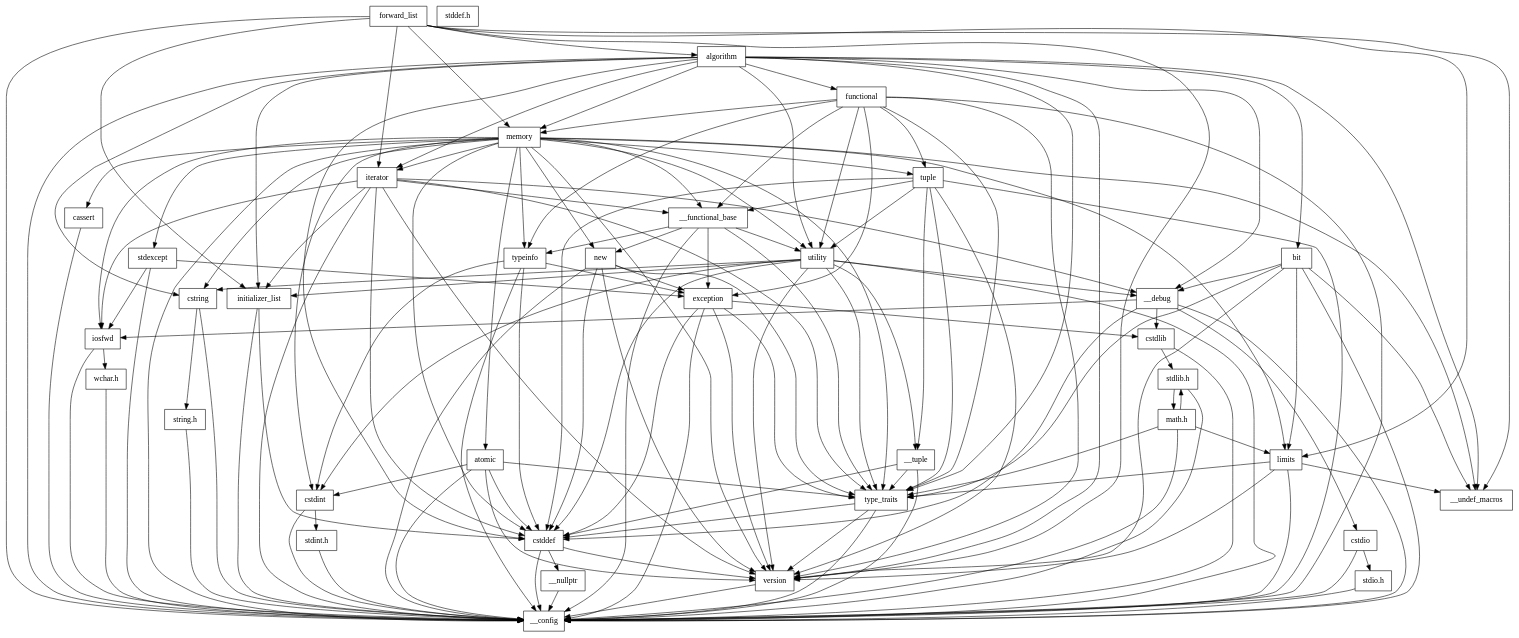
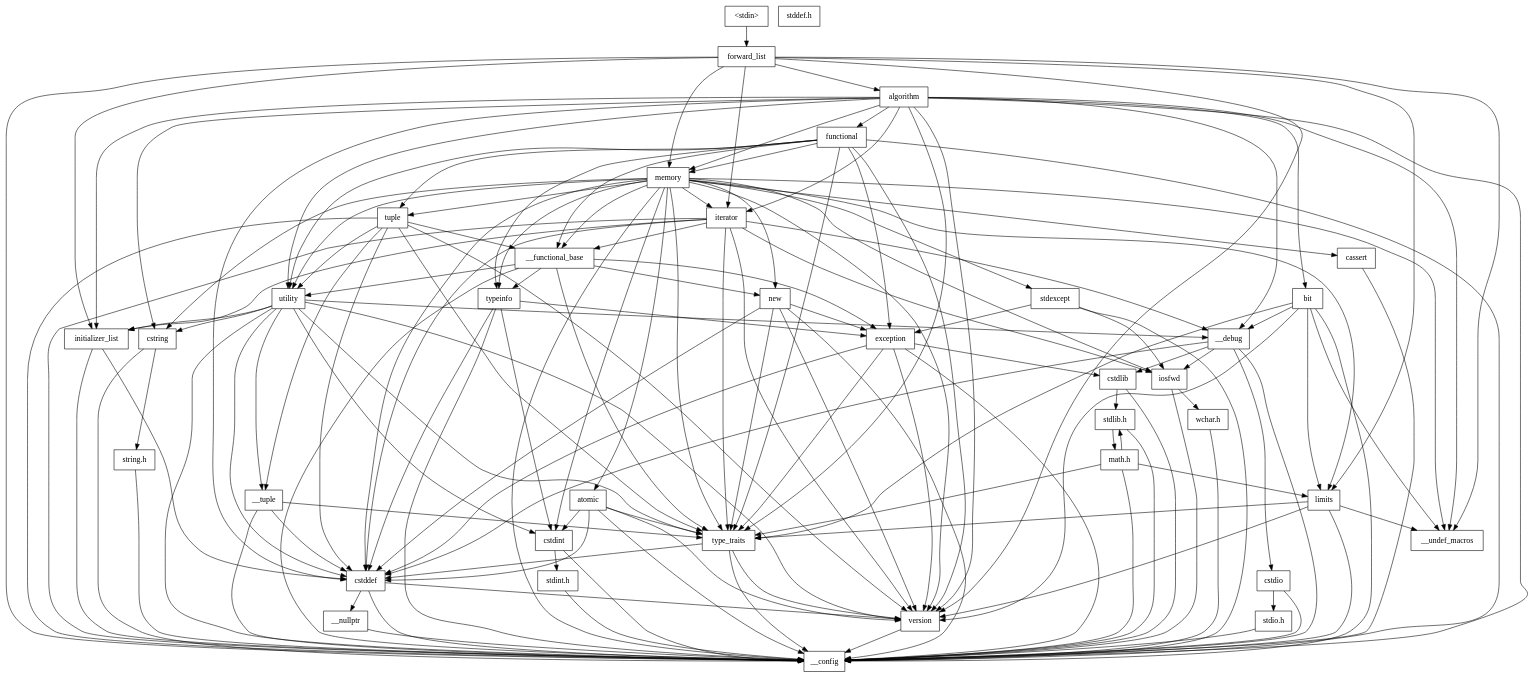
The diagram in header_deps_libcxx_only/forward_list.dot (efcs/libcxx), drawn with Graphviz before and after one commit. The commit also changed 222 other files, not shown here.

```diff
--- a/header_deps_libcxx_only/forward_list.dot
+++ b/header_deps_libcxx_only/forward_list.dot
@@ -1,188 +1,190 @@
 digraph "dependencies" {
-  header_1 [ shape="box", label="forward_list"];
-  header_2 [ shape="box", label="__config"];
-  header_11 [ shape="box", label="initializer_list"];
-  header_12 [ shape="box", label="cstddef"];
-  header_13 [ shape="box", label="version"];
-  header_16 [ shape="box", label="__nullptr"];
-  header_17 [ shape="box", label="memory"];
-  header_18 [ shape="box", label="type_traits"];
-  header_19 [ shape="box", label="typeinfo"];
-  header_20 [ shape="box", label="exception"];
-  header_21 [ shape="box", label="cstdlib"];
-  header_22 [ shape="box", label="stdlib.h"];
-  header_25 [ shape="box", label="stddef.h"];
-  header_56 [ shape="box", label="math.h"];
-  header_68 [ shape="box", label="limits"];
-  header_69 [ shape="box", label="__undef_macros"];
-  header_70 [ shape="box", label="cstdint"];
-  header_71 [ shape="box", label="stdint.h"];
-  header_76 [ shape="box", label="new"];
-  header_77 [ shape="box", label="utility"];
-  header_78 [ shape="box", label="__tuple"];
-  header_79 [ shape="box", label="cstring"];
-  header_80 [ shape="box", label="string.h"];
-  header_83 [ shape="box", label="__debug"];
-  header_84 [ shape="box", label="iosfwd"];
-  header_85 [ shape="box", label="wchar.h"];
-  header_93 [ shape="box", label="cstdio"];
-  header_94 [ shape="box", label="stdio.h"];
-  header_103 [ shape="box", label="iterator"];
-  header_104 [ shape="box", label="__functional_base"];
-  header_105 [ shape="box", label="tuple"];
-  header_106 [ shape="box", label="stdexcept"];
-  header_107 [ shape="box", label="cassert"];
-  header_109 [ shape="box", label="atomic"];
-  header_110 [ shape="box", label="algorithm"];
-  header_111 [ shape="box", label="functional"];
-  header_112 [ shape="box", label="bit"];
+  header_0 [ shape="box", label="\<stdin\>" ];
+  header_1 [ shape="box", label="forward_list" ];
+  header_103 [ shape="box", label="iterator" ];
+  header_104 [ shape="box", label="__functional_base" ];
+  header_105 [ shape="box", label="tuple" ];
+  header_106 [ shape="box", label="stdexcept" ];
+  header_107 [ shape="box", label="cassert" ];
+  header_109 [ shape="box", label="atomic" ];
+  header_11 [ shape="box", label="initializer_list" ];
+  header_110 [ shape="box", label="algorithm" ];
+  header_111 [ shape="box", label="functional" ];
+  header_112 [ shape="box", label="bit" ];
+  header_12 [ shape="box", label="cstddef" ];
+  header_13 [ shape="box", label="version" ];
+  header_16 [ shape="box", label="__nullptr" ];
+  header_17 [ shape="box", label="memory" ];
+  header_18 [ shape="box", label="type_traits" ];
+  header_19 [ shape="box", label="typeinfo" ];
+  header_2 [ shape="box", label="__config" ];
+  header_20 [ shape="box", label="exception" ];
+  header_21 [ shape="box", label="cstdlib" ];
+  header_22 [ shape="box", label="stdlib.h" ];
+  header_25 [ shape="box", label="stddef.h" ];
+  header_56 [ shape="box", label="math.h" ];
+  header_68 [ shape="box", label="limits" ];
+  header_69 [ shape="box", label="__undef_macros" ];
+  header_70 [ shape="box", label="cstdint" ];
+  header_71 [ shape="box", label="stdint.h" ];
+  header_76 [ shape="box", label="new" ];
+  header_77 [ shape="box", label="utility" ];
+  header_78 [ shape="box", label="__tuple" ];
+  header_79 [ shape="box", label="cstring" ];
+  header_80 [ shape="box", label="string.h" ];
+  header_83 [ shape="box", label="__debug" ];
+  header_84 [ shape="box", label="iosfwd" ];
+  header_85 [ shape="box", label="wchar.h" ];
+  header_93 [ shape="box", label="cstdio" ];
+  header_94 [ shape="box", label="stdio.h" ];
+  header_68 -> header_69;
+  header_68 -> header_18;
+  header_68 -> header_2;
+  header_68 -> header_13;
+  header_70 -> header_71;
+  header_70 -> header_2;
+  header_71 -> header_2;
+  header_76 -> header_18;
+  header_76 -> header_2;
+  header_76 -> header_20;
+  header_76 -> header_12;
+  header_76 -> header_13;
+  header_77 -> header_11;
+  header_77 -> header_12;
+  header_77 -> header_13;
+  header_77 -> header_18;
+  header_77 -> header_70;
+  header_77 -> header_2;
+  header_77 -> header_83;
+  header_77 -> header_78;
+  header_77 -> header_79;
+  header_78 -> header_18;
+  header_78 -> header_2;
+  header_78 -> header_12;
+  header_79 -> header_80;
   header_79 -> header_2;
-  header_79 -> header_80;
+  header_112 -> header_13;
+  header_112 -> header_18;
+  header_112 -> header_69;
+  header_112 -> header_2;
+  header_112 -> header_83;
+  header_112 -> header_68;
+  header_110 -> header_17;
+  header_110 -> header_11;
+  header_110 -> header_12;
+  header_110 -> header_13;
+  header_110 -> header_18;
+  header_110 -> header_69;
+  header_110 -> header_2;
+  header_110 -> header_77;
+  header_110 -> header_83;
+  header_110 -> header_79;
+  header_110 -> header_112;
+  header_110 -> header_103;
+  header_110 -> header_111;
+  header_111 -> header_17;
+  header_111 -> header_13;
+  header_111 -> header_18;
+  header_111 -> header_19;
+  header_111 -> header_20;
+  header_111 -> header_2;
+  header_111 -> header_77;
+  header_111 -> header_105;
+  header_111 -> header_104;
+  header_105 -> header_12;
+  header_105 -> header_13;
+  header_105 -> header_18;
   header_105 -> header_2;
+  header_105 -> header_77;
+  header_105 -> header_104;
   header_105 -> header_78;
-  header_105 -> header_12;
-  header_105 -> header_18;
-  header_105 -> header_104;
-  header_105 -> header_77;
-  header_105 -> header_13;
-  header_106 -> header_2;
-  header_106 -> header_20;
-  header_106 -> header_84;
-  header_20 -> header_2;
-  header_20 -> header_12;
-  header_20 -> header_21;
-  header_20 -> header_18;
-  header_20 -> header_13;
-  header_110 -> header_2;
-  header_110 -> header_11;
-  header_110 -> header_18;
-  header_110 -> header_79;
-  header_110 -> header_77;
-  header_110 -> header_17;
-  header_110 -> header_111;
-  header_110 -> header_103;
-  header_110 -> header_12;
-  header_110 -> header_112;
-  header_110 -> header_13;
-  header_110 -> header_83;
-  header_110 -> header_69;
-  header_104 -> header_2;
   header_104 -> header_18;
   header_104 -> header_19;
   header_104 -> header_20;
   header_104 -> header_76;
   header_104 -> header_77;
-  header_103 -> header_2;
-  header_103 -> header_84;
-  header_103 -> header_104;
-  header_103 -> header_18;
-  header_103 -> header_12;
-  header_103 -> header_11;
-  header_103 -> header_13;
-  header_103 -> header_83;
+  header_104 -> header_2;
+  header_107 -> header_2;
+  header_106 -> header_2;
+  header_106 -> header_20;
+  header_106 -> header_84;
+  header_0 -> header_1;
+  header_1 -> header_17;
+  header_1 -> header_11;
+  header_1 -> header_13;
+  header_1 -> header_2;
+  header_1 -> header_103;
+  header_1 -> header_69;
+  header_1 -> header_68;
+  header_1 -> header_110;
+  header_56 -> header_68;
+  header_56 -> header_18;
   header_56 -> header_2;
   header_56 -> header_22;
-  header_56 -> header_18;
-  header_56 -> header_68;
-  header_76 -> header_2;
-  header_76 -> header_20;
-  header_76 -> header_18;
-  header_76 -> header_12;
-  header_76 -> header_13;
+  header_21 -> header_2;
+  header_21 -> header_22;
+  header_20 -> header_2;
+  header_20 -> header_18;
+  header_20 -> header_12;
+  header_20 -> header_21;
+  header_20 -> header_13;
+  header_22 -> header_2;
+  header_22 -> header_56;
+  header_109 -> header_18;
+  header_109 -> header_70;
   header_109 -> header_2;
   header_109 -> header_12;
-  header_109 -> header_70;
-  header_109 -> header_18;
   header_109 -> header_13;
-  header_17 -> header_2;
+  header_83 -> header_21;
+  header_83 -> header_93;
+  header_83 -> header_2;
+  header_83 -> header_12;
+  header_83 -> header_84;
+  header_80 -> header_2;
+  header_85 -> header_2;
+  header_84 -> header_2;
+  header_84 -> header_85;
+  header_103 -> header_11;
+  header_103 -> header_12;
+  header_103 -> header_13;
+  header_103 -> header_18;
+  header_103 -> header_2;
+  header_103 -> header_83;
+  header_103 -> header_104;
+  header_103 -> header_84;
+  header_16 -> header_2;
+  header_17 -> header_109;
+  header_17 -> header_106;
+  header_17 -> header_12;
+  header_17 -> header_13;
   header_17 -> header_18;
   header_17 -> header_19;
-  header_17 -> header_12;
+  header_17 -> header_76;
+  header_17 -> header_105;
   header_17 -> header_70;
-  header_17 -> header_76;
+  header_17 -> header_2;
   header_17 -> header_77;
   header_17 -> header_68;
+  header_17 -> header_69;
+  header_17 -> header_104;
+  header_17 -> header_107;
+  header_17 -> header_79;
   header_17 -> header_103;
-  header_17 -> header_104;
   header_17 -> header_84;
-  header_17 -> header_105;
-  header_17 -> header_106;
-  header_17 -> header_79;
-  header_17 -> header_107;
-  header_17 -> header_109;
-  header_17 -> header_13;
-  header_17 -> header_69;
-  header_16 -> header_2;
-  header_112 -> header_2;
-  header_112 -> header_68;
-  header_112 -> header_18;
-  header_112 -> header_13;
-  header_112 -> header_83;
-  header_112 -> header_69;
-  header_71 -> header_2;
-  header_77 -> header_2;
-  header_77 -> header_78;
-  header_77 -> header_18;
-  header_77 -> header_11;
-  header_77 -> header_12;
-  header_77 -> header_79;
-  header_77 -> header_70;
-  header_77 -> header_13;
-  header_77 -> header_83;
   header_11 -> header_2;
   header_11 -> header_12;
-  header_78 -> header_2;
-  header_78 -> header_12;
-  header_78 -> header_18;
-  header_85 -> header_2;
-  header_21 -> header_2;
-  header_21 -> header_22;
+  header_12 -> header_16;
   header_12 -> header_2;
   header_12 -> header_13;
-  header_12 -> header_16;
-  header_70 -> header_2;
-  header_70 -> header_71;
-  header_83 -> header_2;
-  header_83 -> header_84;
-  header_83 -> header_21;
-  header_83 -> header_93;
-  header_83 -> header_12;
-  header_94 -> header_2;
-  header_68 -> header_2;
-  header_68 -> header_18;
-  header_68 -> header_69;
-  header_68 -> header_13;
-  header_80 -> header_2;
-  header_1 -> header_2;
-  header_1 -> header_11;
-  header_1 -> header_17;
-  header_1 -> header_68;
-  header_1 -> header_103;
-  header_1 -> header_110;
-  header_1 -> header_13;
-  header_1 -> header_69;
-  header_107 -> header_2;
+  header_13 -> header_2;
   header_18 -> header_2;
   header_18 -> header_12;
   header_18 -> header_13;
+  header_19 -> header_70;
   header_19 -> header_2;
   header_19 -> header_20;
   header_19 -> header_12;
-  header_19 -> header_70;
-  header_111 -> header_2;
-  header_111 -> header_18;
-  header_111 -> header_19;
-  header_111 -> header_20;
-  header_111 -> header_17;
-  header_111 -> header_105;
-  header_111 -> header_77;
-  header_111 -> header_13;
-  header_111 -> header_104;
+  header_94 -> header_2;
+  header_93 -> header_94;
   header_93 -> header_2;
-  header_93 -> header_94;
-  header_22 -> header_2;
-  header_22 -> header_56;
-  header_84 -> header_2;
-  header_84 -> header_85;
-  header_13 -> header_2;
 }
```
